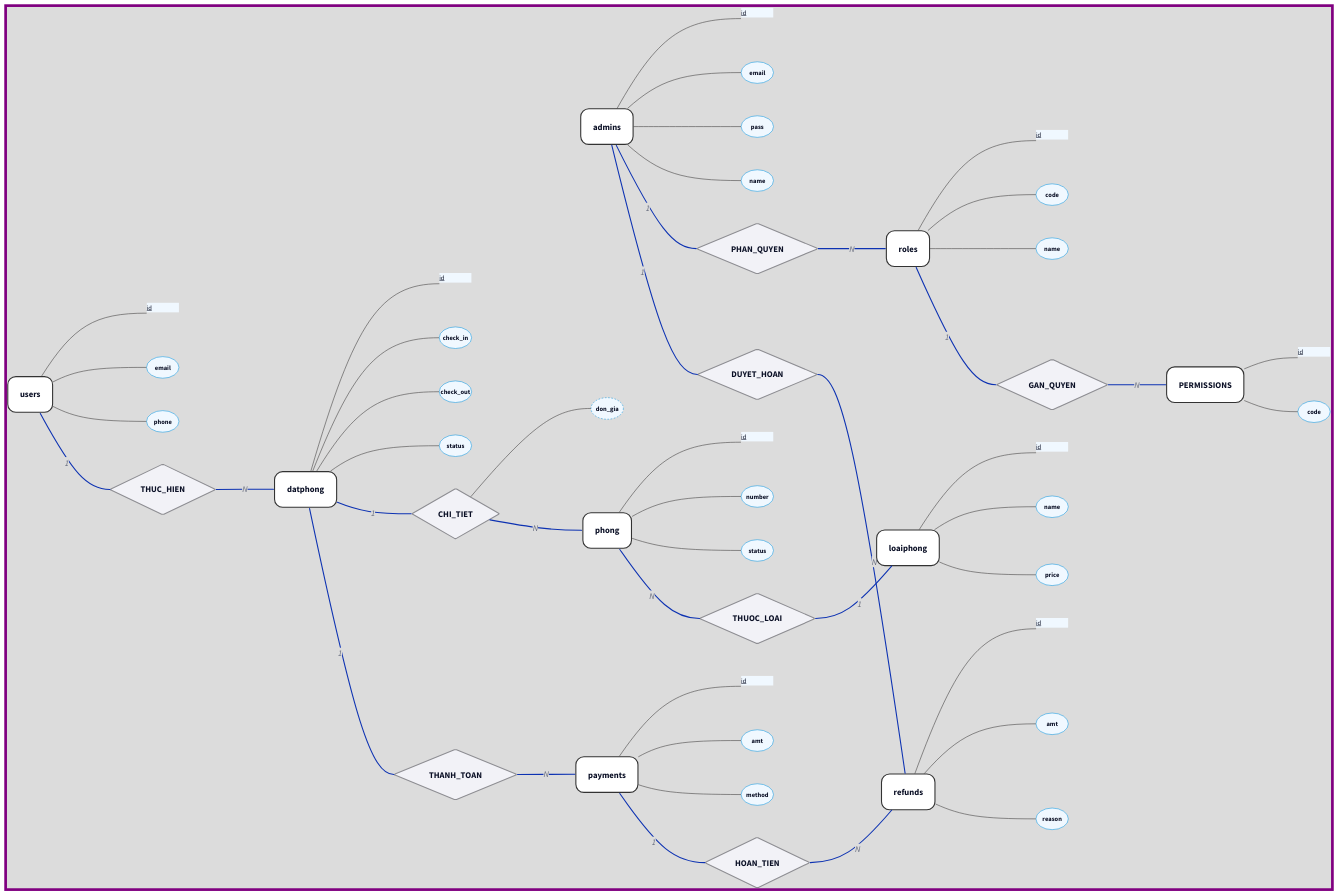
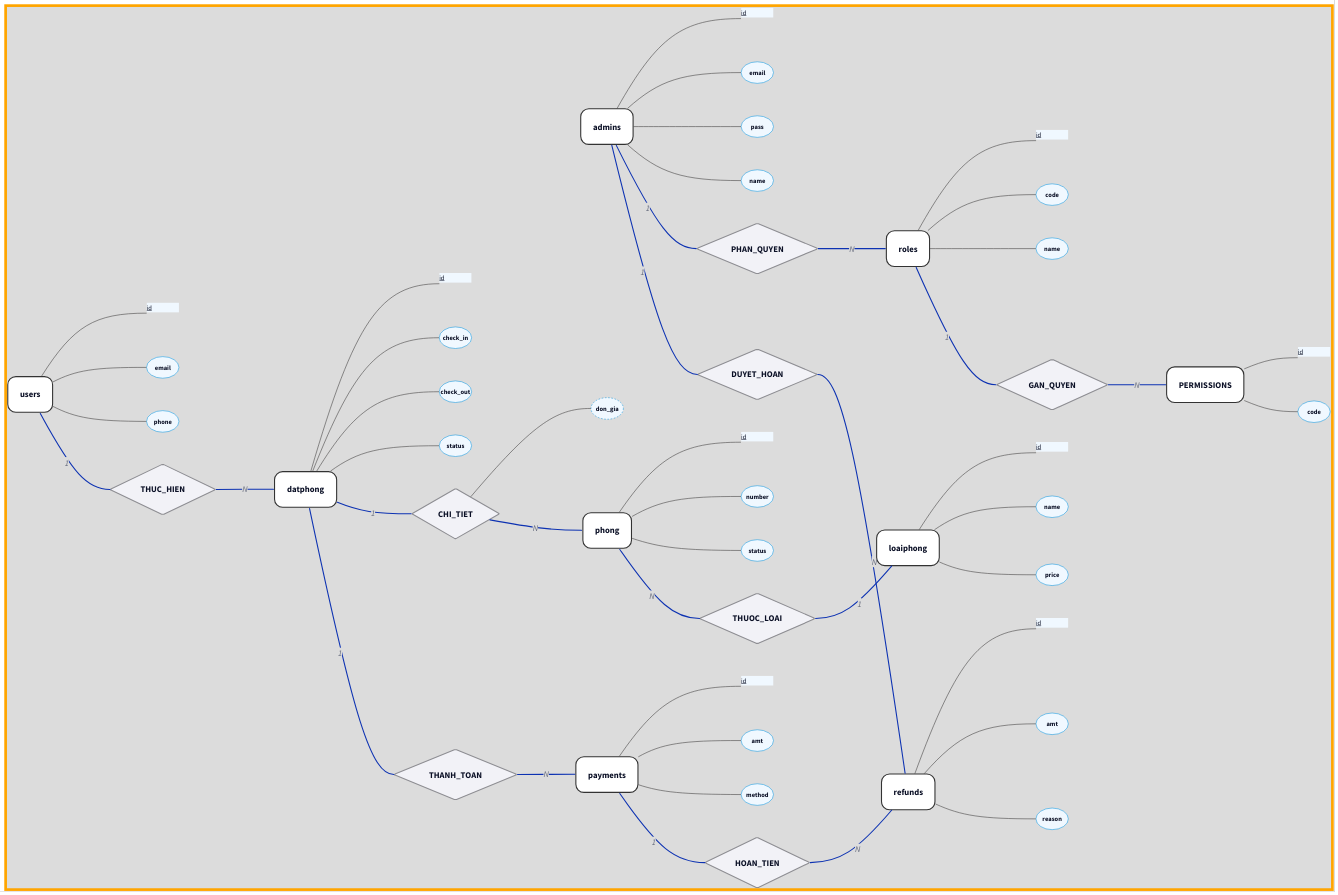
Before and after one commit to sam-uit/typst-report-template: the diagram in content/er.d2, drawn with D2.

```diff
--- a/content/er.d2
+++ b/content/er.d2
@@ -1,185 +1,186 @@
 # Template: D2
 # Author: Sam Dinh
 # Mục đích: Tạo ER Diagram Chen Notation.
 # Trang nguồn: https://d2lang.com/
 # VSCode extension: Terrastruct.d2
 
 direction: right
 
+# --- 0. STYLES ---
 style: {
   font: "mono"
   fill: "#dcdcdc"
-  stroke: "purple"
+  stroke: "orange"
   stroke-width: 5
 }
 
 # --- 1. CSS STYLES (THEME) ---
 classes: {
   # Thực thể: Chữ nhật bo góc Apple style
   entity: {
     shape: rectangle
     style: {
       border-radius: 15
       stroke-width: 2
       fill: "#FFFFFF"
       stroke: "#333333"
     }
   }
 
   # Thuộc tính: Oval màu xanh nhạt
   attr: {
     shape: oval
     width: 60
     height: 40
     style: {
       fill: "#F0F8FF"
       stroke: "#0d95de"
       stroke-width: 1
       font-size: 12
     }
   }
 
   # Quan hệ: Hình thoi
   rel: {
     shape: diamond
     style: {
       fill: "#F2F2F7"
       stroke: "#8E8E93"
     }
   }
 
   # Đường nối thuộc tính: Màu nhạt
   link_attr: {
     style: {
       stroke: "#3a3838"
       stroke-width: 1
     }
   }
 }
 
 # --- 2. DATA MODEL ---
 
 # === AUTH SYSTEM ===
 admins: {class: entity}
 # Attributes
 admin_id: {class: attr; label: |md <u>id</u> |}
 admin_mail: {class: attr; label: email}
 admin_pass: {class: attr; label: pass}
 admin_name: {class: attr; label: name}
 # Connections
 admins -- admin_id: {class: link_attr}
 admins -- admin_mail: {class: link_attr}
 admins -- admin_pass: {class: link_attr}
 admins -- admin_name: {class: link_attr}
 
 roles: {class: entity}
 role_id: {class: attr; label: |md <u>id</u> |}
 role_code: {class: attr; label: code}
 role_name: {class: attr; label: name}
 roles -- role_id: {class: link_attr}
 roles -- role_code: {class: link_attr}
 roles -- role_name: {class: link_attr}
 
 perms: {class: entity; label: PERMISSIONS}
 perm_id: {class: attr; label: |md <u>id</u> |}
 perm_code: {class: attr; label: code}
 perms -- perm_id: {class: link_attr}
 perms -- perm_code: {class: link_attr}
 
 # === BOOKING SYSTEM ===
 users: {class: entity}
 user_id: {class: attr; label: |md <u>id</u> |}
 user_mail: {class: attr; label: email}
 user_phn: {class: attr; label: phone}
 users -- user_id: {class: link_attr}
 users -- user_mail: {class: link_attr}
 users -- user_phn: {class: link_attr}
 
 datphong: {class: entity}
 dp_id: {class: attr; label: |md <u>id</u> |}
 dp_in: {class: attr; label: check_in}
 dp_out: {class: attr; label: check_out}
 dp_stt: {class: attr; label: status}
 datphong -- dp_id: {class: link_attr}
 datphong -- dp_in: {class: link_attr}
 datphong -- dp_out: {class: link_attr}
 datphong -- dp_stt: {class: link_attr}
 
 phong: {class: entity}
 p_id: {class: attr; label: |md <u>id</u> |}
 p_num: {class: attr; label: number}
 p_stt: {class: attr; label: status}
 phong -- p_id: {class: link_attr}
 phong -- p_num: {class: link_attr}
 phong -- p_stt: {class: link_attr}
 
 loaiphong: {class: entity}
 lp_id: {class: attr; label: |md <u>id</u> |}
 lp_name: {class: attr; label: name}
 lp_price: {class: attr; label: price}
 loaiphong -- lp_id: {class: link_attr}
 loaiphong -- lp_name: {class: link_attr}
 loaiphong -- lp_price: {class: link_attr}
 
 # === FINANCE SYSTEM ===
 payments: {class: entity}
 pay_id: {class: attr; label: |md <u>id</u> |}
 pay_amt: {class: attr; label: amt}
 pay_mth: {class: attr; label: method}
 payments -- pay_id: {class: link_attr}
 payments -- pay_amt: {class: link_attr}
 payments -- pay_mth: {class: link_attr}
 
 refunds: {class: entity}
 rf_id: {class: attr; label: |md <u>id</u> |}
 rf_amt: {class: attr; label: amt}
 rf_rsn: {class: attr; label: reason}
 refunds -- rf_id: {class: link_attr}
 refunds -- rf_amt: {class: link_attr}
 refunds -- rf_rsn: {class: link_attr}
 
 # --- 3. RELATIONSHIPS ---
 
 phan_quyen: {class: rel; label: PHAN_QUYEN}
 gan_quyen: {class: rel; label: GAN_QUYEN}
 thuc_hien: {class: rel; label: THUC_HIEN}
 chi_tiet: {class: rel; label: CHI_TIET}
 thuoc_loai: {class: rel; label: THUOC_LOAI}
 thanh_toan: {class: rel; label: THANH_TOAN}
 hoan_tien: {class: rel; label: HOAN_TIEN}
 duyet_hoan: {class: rel; label: DUYET_HOAN}
 
 # Attribute of Relationship
 attr_dongia: {class: attr; label: don_gia; style: {stroke-dash: 3}}
 chi_tiet -- attr_dongia: {class: link_attr}
 
 # --- 4. CONNECTIONS ---
 
 # Admin Flow
 admins -- phan_quyen: 1
 phan_quyen -- roles: N
 
 roles -- gan_quyen: 1
 gan_quyen -- perms: N
 
 # User Flow
 users -- thuc_hien: 1
 thuc_hien -- datphong: N
 
 # Room Flow
 datphong -- chi_tiet: 1
 chi_tiet -- phong: N
 
 phong -- thuoc_loai: N
 thuoc_loai -- loaiphong: 1
 
 # Payment Flow
 datphong -- thanh_toan: 1
 thanh_toan -- payments: N
 
 payments -- hoan_tien: 1
 hoan_tien -- refunds: N
 
 # Approval Flow
 admins -- duyet_hoan: 1
 duyet_hoan -- refunds: N
```
